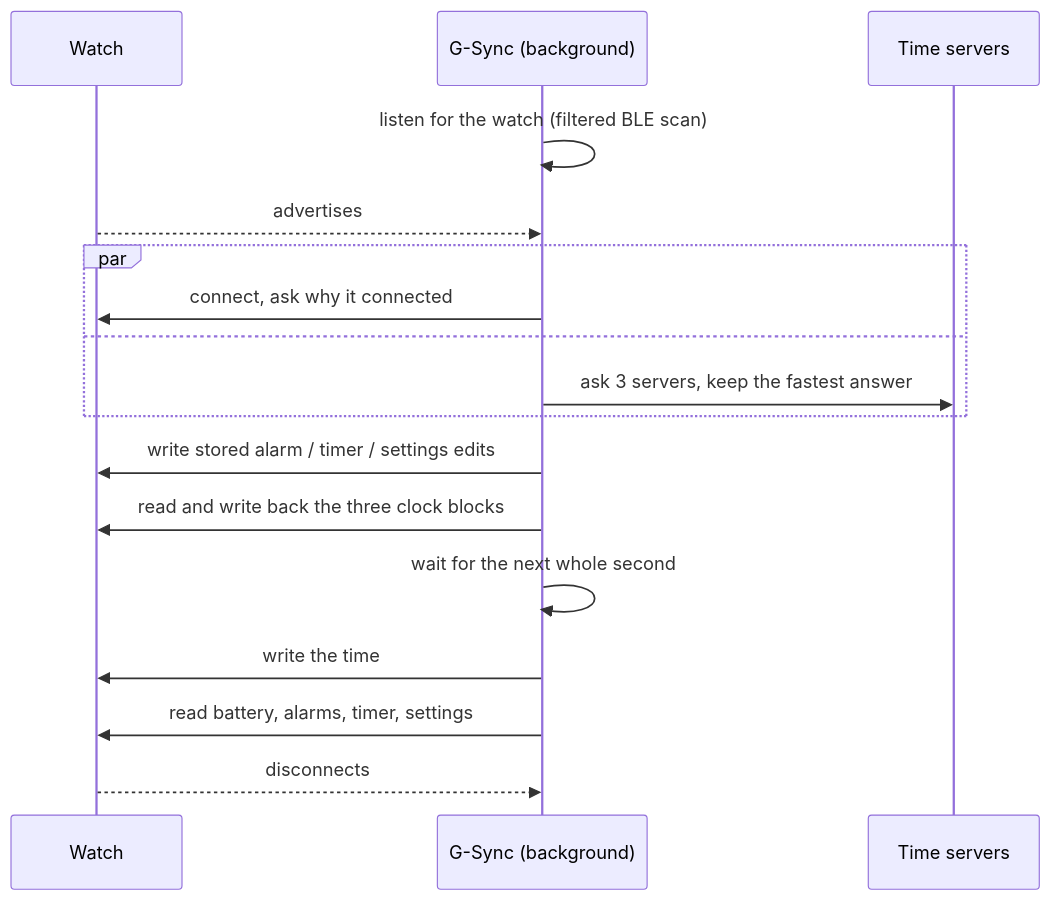
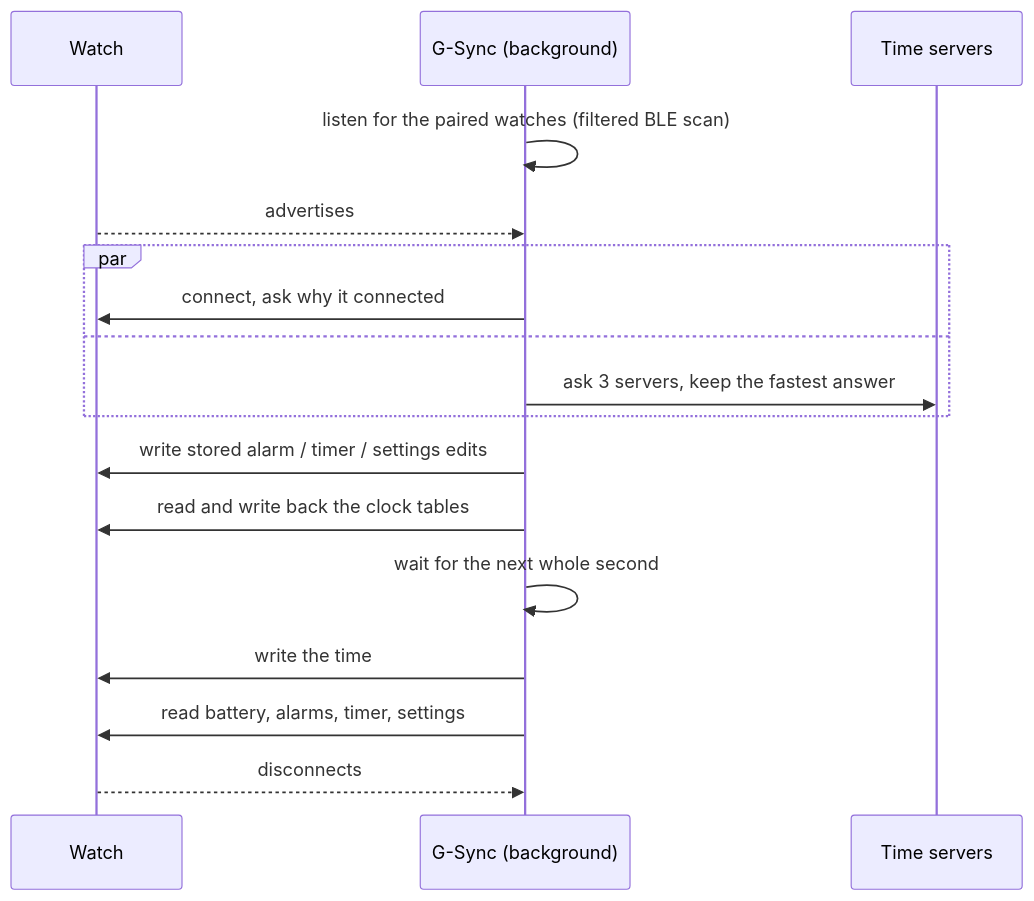
The diagram in README.md (krax1337/gsync), drawn with Mermaid before and after one commit. The commit also changed other lines of this file and 38 other files, not shown here.

First line of the commit message:
feat: several watches, more models, cities on the watch (0.2.0)

````diff
--- a/README.md
+++ b/README.md
@@ -89,19 +106,19 @@
 ```mermaid
 sequenceDiagram
     participant W as Watch
     participant S as G-Sync (background)
     participant N as Time servers
-    S->>S: listen for the watch (filtered BLE scan)
+    S->>S: listen for the paired watches (filtered BLE scan)
     W-->>S: advertises
     par
         S->>W: connect, ask why it connected
     and
         S->>N: ask 3 servers, keep the fastest answer
     end
     S->>W: write stored alarm / timer / settings edits
-    S->>W: read and write back the three clock blocks
+    S->>W: read and write back the clock tables
     S->>S: wait for the next whole second
     S->>W: write the time
     S->>W: read battery, alarms, timer, settings
     W-->>S: disconnects
 ```
````
